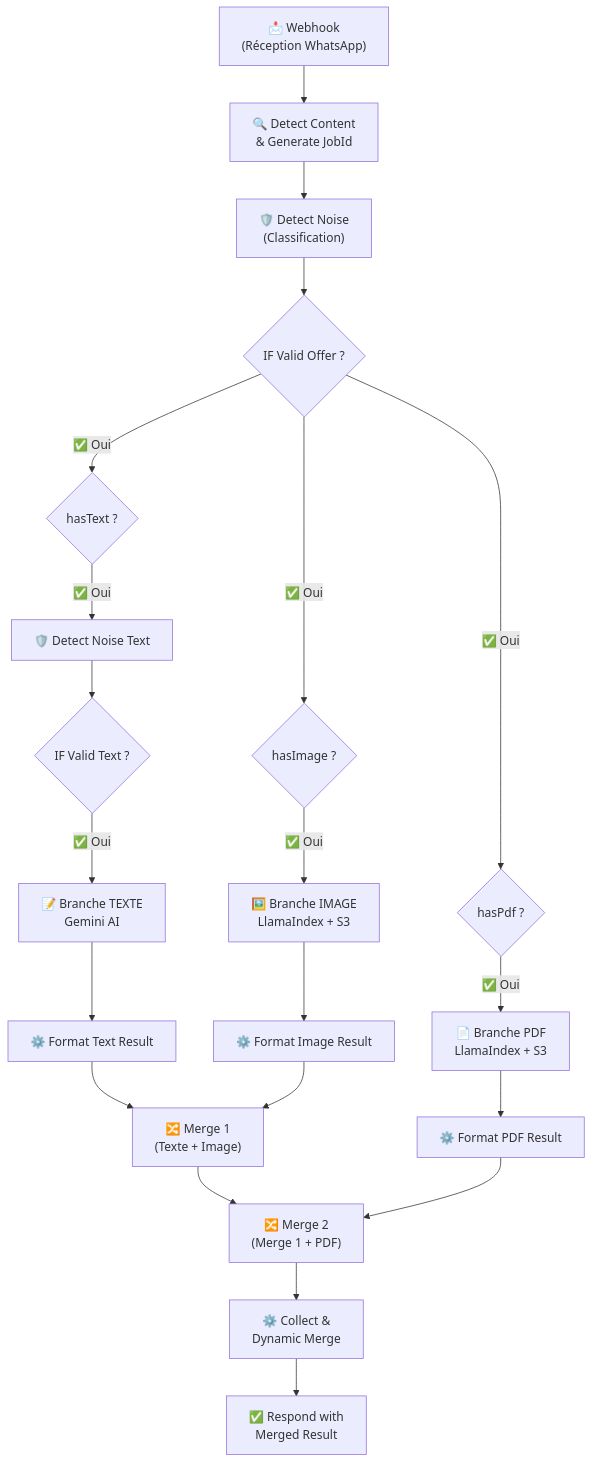
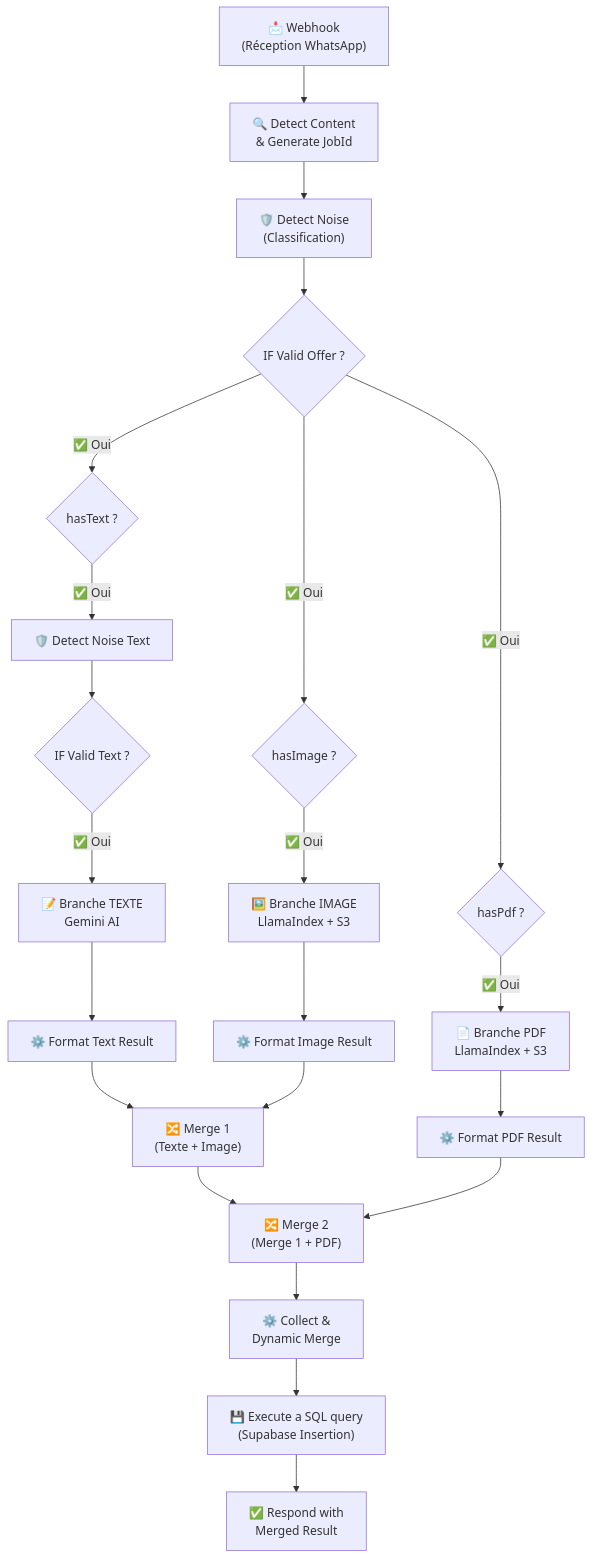
Before and after one commit to anismhaddouche/TrackTreck: the first of 2 diagrams in docs/n8n_workflows_documentation.md, drawn with Mermaid. The commit also changed other lines of this file, not shown here.

Commit message:
docs: update n8n Supabase integration documentation

````diff
--- a/docs/n8n_workflows_documentation.md
+++ b/docs/n8n_workflows_documentation.md
@@ -51,30 +51,31 @@
 ```mermaid
 graph TD
     A["📩 Webhook<br/>(Réception WhatsApp)"] --> B["🔍 Detect Content<br/>& Generate JobId"]
     
     B --> N["🛡️ Detect Noise<br/>(Classification)"]
     N --> VO{"IF Valid Offer ?"}
     
     VO -->|✅ Oui| C{"hasText ?"}
     VO -->|✅ Oui| D{"hasImage ?"}
     VO -->|✅ Oui| E{"hasPdf ?"}
     
     C -->|✅ Oui| NT["🛡️ Detect Noise Text"]
     NT --> VTO{"IF Valid Text ?"}
     VTO -->|✅ Oui| F["📝 Branche TEXTE<br/>Gemini AI"]
     
     D -->|✅ Oui| G["🖼️ Branche IMAGE<br/>LlamaIndex + S3"]
     E -->|✅ Oui| H["📄 Branche PDF<br/>LlamaIndex + S3"]
     
     F --> FT["⚙️ Format Text Result"]
     G --> FI["⚙️ Format Image Result"]
     H --> FP["⚙️ Format PDF Result"]
     
     FT --> I["🔀 Merge 1<br/>(Texte + Image)"]
     FI --> I
     I --> J["🔀 Merge 2<br/>(Merge 1 + PDF)"]
     FP --> J
     
     J --> K["⚙️ Collect &<br/>Dynamic Merge"]
-    K --> L["✅ Respond with<br/>Merged Result"]
+    K --> SQL["💾 Execute a SQL query<br/>(Supabase Insertion)"]
+    SQL --> L["✅ Respond with<br/>Merged Result"]
 ```
````
